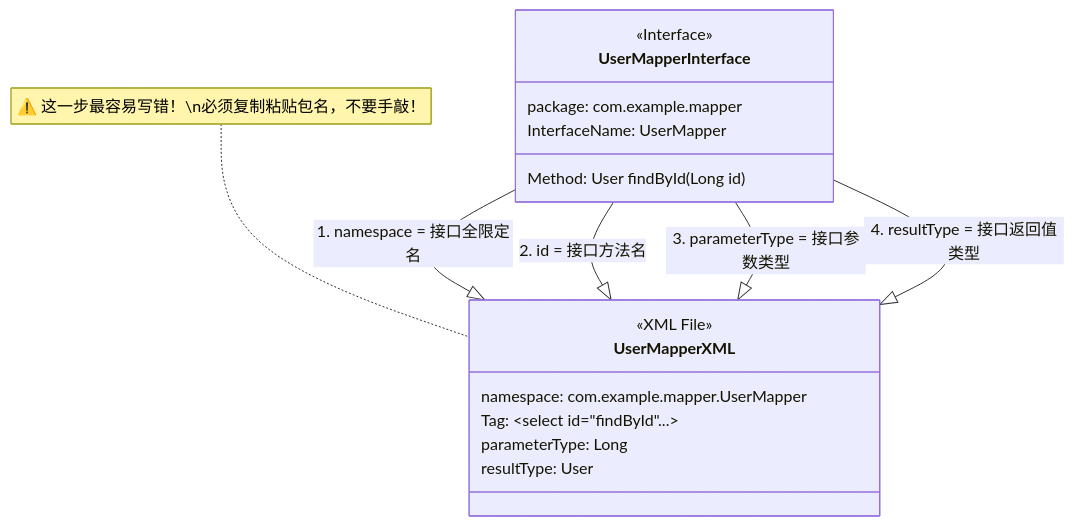
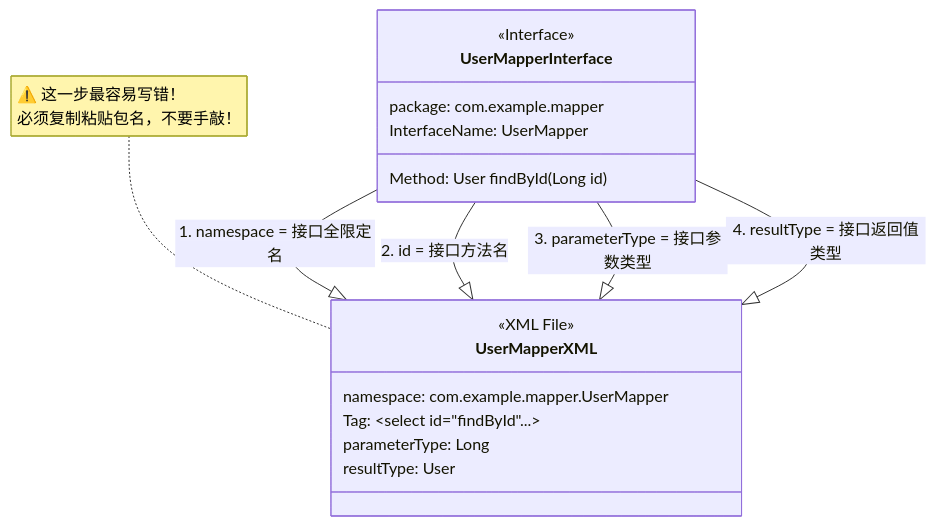
The second of 2 diagrams in docs/chapter04/03-mapper-xml.md (dedeguo/javaweb-course-docs), drawn with Mermaid before and after one commit. The commit also changed 2 other files, not shown here.

Commit message:
第二章增加mybatis

````diff
--- a/docs/chapter04/03-mapper-xml.md
+++ b/docs/chapter04/03-mapper-xml.md
@@ -50,25 +50,25 @@
 ```mermaid
 classDiagram
     class UserMapperInterface {
         <<Interface>>
         package: com.example.mapper
         InterfaceName: UserMapper
         Method: User findById(Long id)
     }
     
     class UserMapperXML {
         <<XML File>>
         namespace: com.example.mapper.UserMapper
         Tag: &lt;select id="findById"...&gt;
         parameterType: Long
         resultType: User
     }
 
     UserMapperInterface --|> UserMapperXML : 1. namespace = 接口全限定名
     UserMapperInterface --|> UserMapperXML : 2. id = 接口方法名
     UserMapperInterface --|> UserMapperXML : 3. parameterType = 接口参数类型
     UserMapperInterface --|> UserMapperXML : 4. resultType = 接口返回值类型
 
-    note for UserMapperXML "⚠️ 这一步最容易写错！\n必须复制粘贴包名，不要手敲！"
+    note for UserMapperXML "⚠️ 这一步最容易写错！<br/>必须复制粘贴包名，不要手敲！"
 
 ```
````
